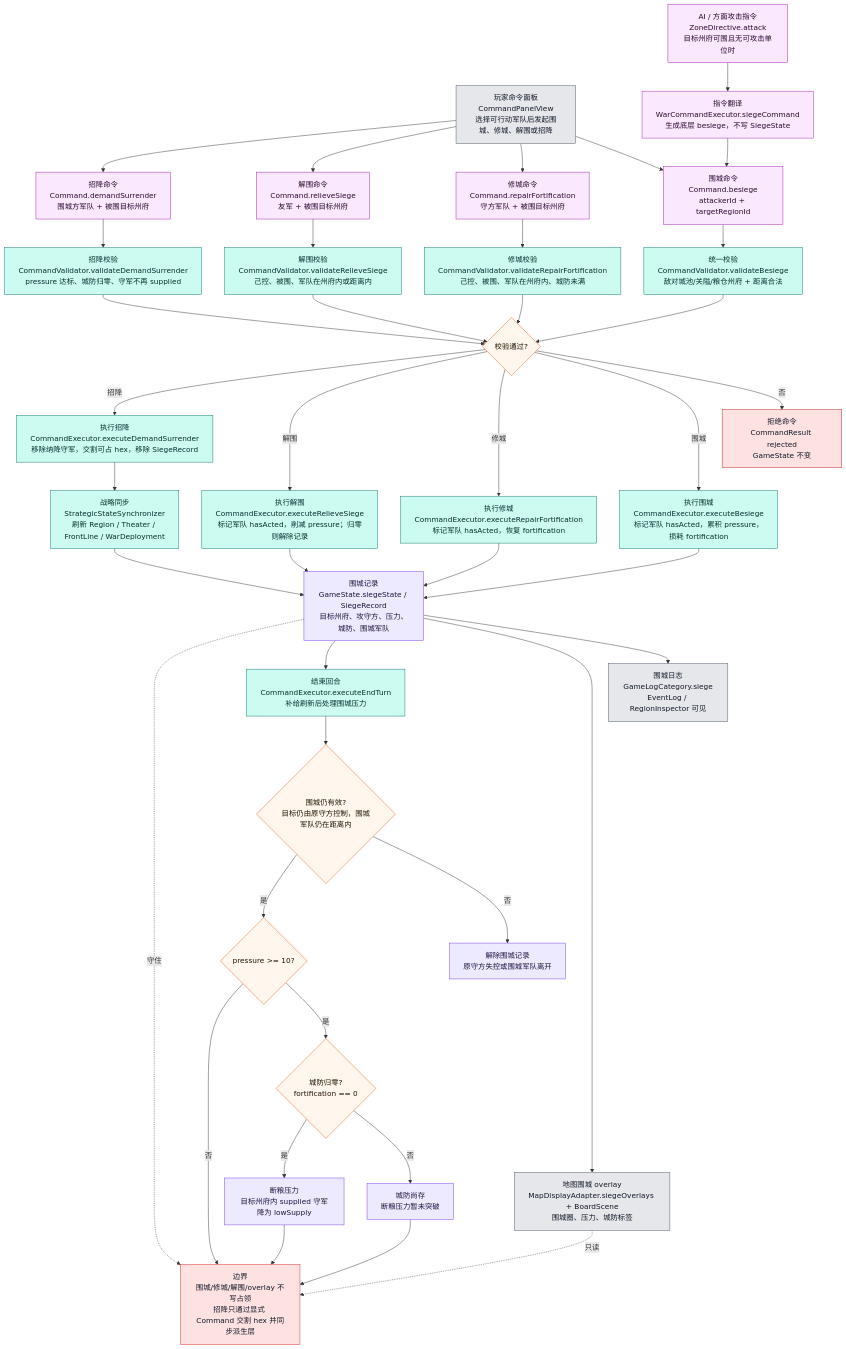
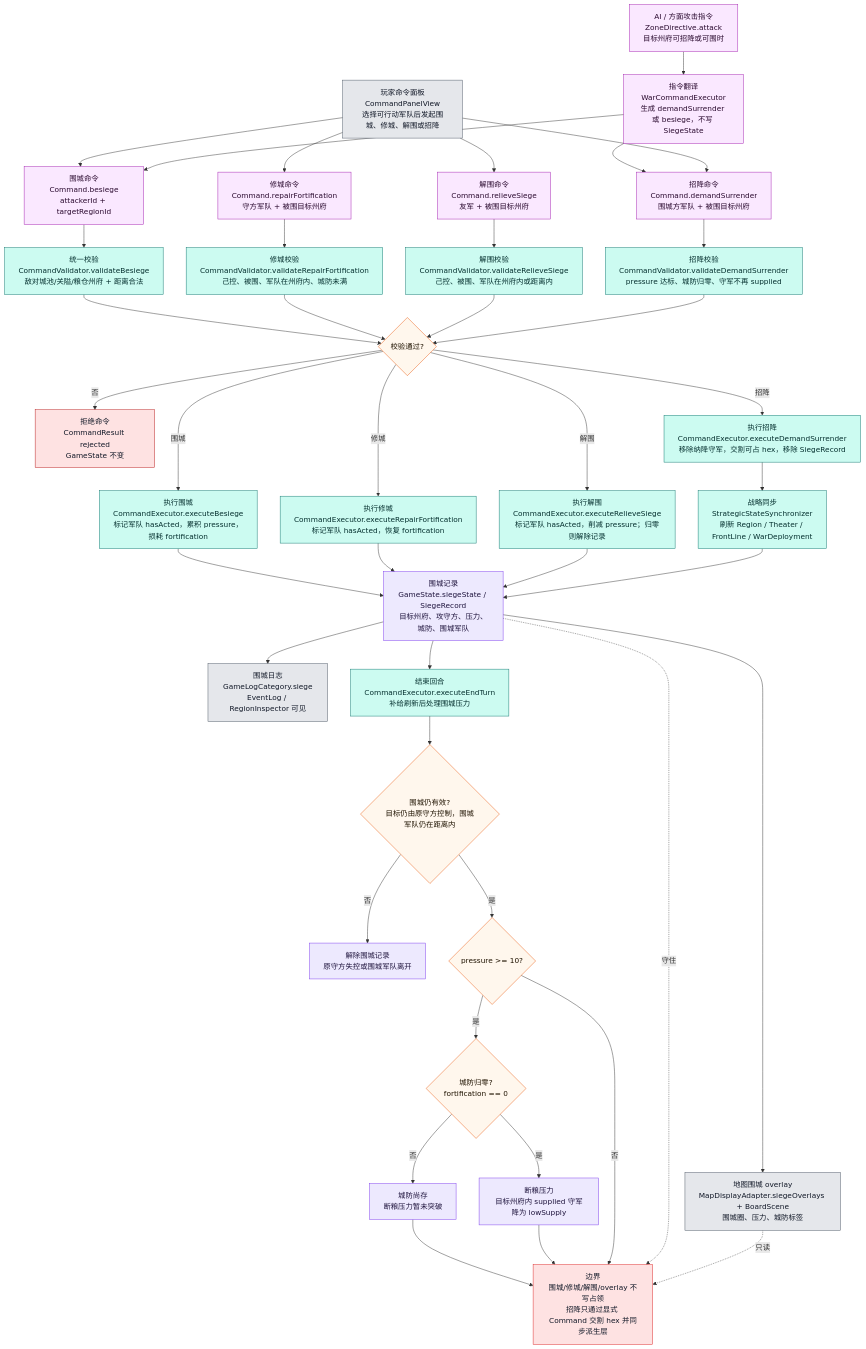
One commit to Altman-sam114/125 changed the sixth of 12 diagrams in md/flow/flowchart.md. Above: the diagram before and after it, drawn with Mermaid. The commit also changed other lines of this file and 6 other files, not shown here.

Commit message:
feat(ai): let attacks demand siege surrender

````diff
--- a/md/flow/flowchart.md
+++ b/md/flow/flowchart.md
@@ -293,61 +293,63 @@
 ```mermaid
 flowchart TD
     UI["玩家命令面板<br/>CommandPanelView<br/>选择可行动军队后发起围城、修城、解围或招降"]:::ui
-    AI["AI / 方面攻击指令<br/>ZoneDirective.attack<br/>目标州府可围且无可攻击单位时"]:::command
-    WCE["指令翻译<br/>WarCommandExecutor.siegeCommand<br/>生成底层 besiege，不写 SiegeState"]:::command
+    AI["AI / 方面攻击指令<br/>ZoneDirective.attack<br/>目标州府可招降或可围时"]:::command
+    WCE["指令翻译<br/>WarCommandExecutor<br/>生成 demandSurrender 或 besiege，不写 SiegeState"]:::command
     CMD["围城命令<br/>Command.besiege<br/>attackerId + targetRegionId"]:::command
     VALID["统一校验<br/>CommandValidator.validateBesiege<br/>敌对城池/关隘/粮仓州府 + 距离合法"]:::rules
     REPAIR["修城命令<br/>Command.repairFortification<br/>守方军队 + 被围目标州府"]:::command
     RVALID["修城校验<br/>CommandValidator.validateRepairFortification<br/>己控、被围、军队在州府内、城防未满"]:::rules
     RELIEVE["解围命令<br/>Command.relieveSiege<br/>友军 + 被围目标州府"]:::command
     LVALID["解围校验<br/>CommandValidator.validateRelieveSiege<br/>己控、被围、军队在州府内或距离内"]:::rules
     SURRENDER["招降命令<br/>Command.demandSurrender<br/>围城方军队 + 被围目标州府"]:::command
     SVALID["招降校验<br/>CommandValidator.validateDemandSurrender<br/>pressure 达标、城防归零、守军不再 supplied"]:::rules
     PASS{"校验通过?"}:::decision
     REJECT["拒绝命令<br/>CommandResult rejected<br/>GameState 不变"]:::stop
     EXEC["执行围城<br/>CommandExecutor.executeBesiege<br/>标记军队 hasActed，累积 pressure，损耗 fortification"]:::rules
     REXEC["执行修城<br/>CommandExecutor.executeRepairFortification<br/>标记军队 hasActed，恢复 fortification"]:::rules
     LEXEC["执行解围<br/>CommandExecutor.executeRelieveSiege<br/>标记军队 hasActed，削减 pressure；归零则解除记录"]:::rules
     SEXEC["执行招降<br/>CommandExecutor.executeDemandSurrender<br/>移除纳降守军，交割可占 hex，移除 SiegeRecord"]:::rules
     SYNC["战略同步<br/>StrategicStateSynchronizer<br/>刷新 Region / Theater / FrontLine / WarDeployment"]:::rules
     STATE["围城记录<br/>GameState.siegeState / SiegeRecord<br/>目标州府、攻守方、压力、城防、围城军队"]:::state
     DISPLAY["地图围城 overlay<br/>MapDisplayAdapter.siegeOverlays + BoardScene<br/>围城圈、压力、城防标签"]:::ui
     LOG["围城日志<br/>GameLogCategory.siege<br/>EventLog / RegionInspector 可见"]:::ui
     END["结束回合<br/>CommandExecutor.executeEndTurn<br/>补给刷新后处理围城压力"]:::rules
     HOLD{"围城仍有效?<br/>目标仍由原守方控制，围城军队仍在距离内"}:::decision
     LIFT["解除围城记录<br/>原守方失控或围城军队离开"]:::state
     PRESS{"pressure >= 10?"}:::decision
     WALL{"城防归零?<br/>fortification == 0"}:::decision
     BLOCK["城防尚存<br/>断粮压力暂未突破"]:::state
     LOW["断粮压力<br/>目标州府内 supplied 守军降为 lowSupply"]:::state
     HEX["边界<br/>围城/修城/解围/overlay 不写占领<br/>招降只通过显式 Command 交割 hex 并同步派生层"]:::authority
 
     UI --> CMD --> VALID --> PASS
-    AI --> WCE --> CMD
+    AI --> WCE
+    WCE --> SURRENDER
+    WCE --> CMD
     UI --> REPAIR --> RVALID --> PASS
     UI --> RELIEVE --> LVALID --> PASS
     UI --> SURRENDER --> SVALID --> PASS
     PASS -->|否| REJECT
     PASS -->|围城| EXEC --> STATE --> LOG
     PASS -->|修城| REXEC --> STATE
     PASS -->|解围| LEXEC --> STATE
     PASS -->|招降| SEXEC --> SYNC --> STATE
     STATE --> DISPLAY
     STATE --> END --> HOLD
     HOLD -->|否| LIFT
     HOLD -->|是| PRESS
     PRESS -->|是| WALL
     WALL -->|否| BLOCK --> HEX
     WALL -->|是| LOW --> HEX
     PRESS -->|否| HEX
     STATE -.守住.-> HEX
     DISPLAY -.只读.-> HEX
 
     classDef ui fill:#e5e7eb,stroke:#4b5563,color:#111827
     classDef command fill:#fae8ff,stroke:#a21caf,color:#2a0a2f
     classDef rules fill:#ccfbf1,stroke:#0f766e,color:#042f2e
     classDef decision fill:#fff7ed,stroke:#ea580c,color:#1f1300
     classDef stop fill:#fee2e2,stroke:#b91c1c,color:#111827
     classDef state fill:#ede9fe,stroke:#7c3aed,color:#1f143d
     classDef authority fill:#fee2e2,stroke:#dc2626,color:#111827
 ```
````
